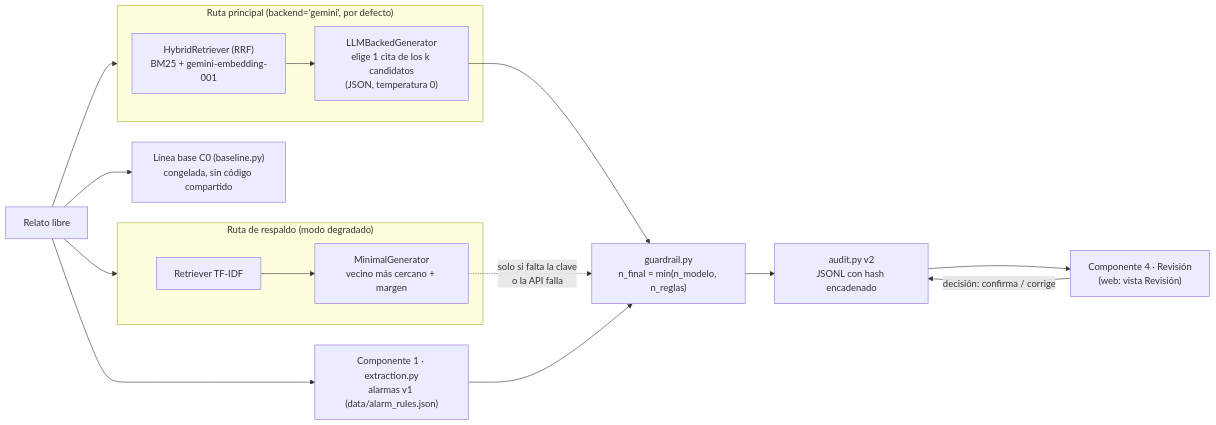
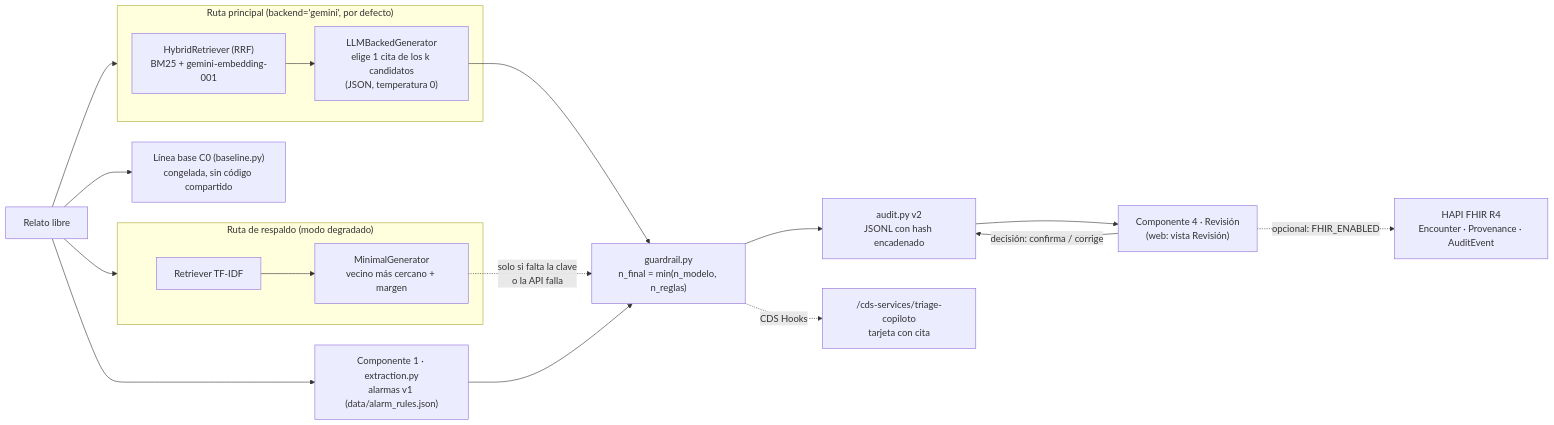
The diagram in README.md (AnaFiquitiva/TDSE_Copiloto_Triage_Backend), drawn with Mermaid before and after one commit. The commit also changed other lines of this file, not shown here.

Commit message:
README: CDS/FHIR en endpoints y arquitectura, pruebas web y revisión del gold standard

````diff
--- a/README.md
+++ b/README.md
@@ -22,19 +22,21 @@
 ```mermaid
 flowchart LR
     R["Relato libre"] --> EXT["Componente 1 · extraction.py\nalarmas v1 (data/alarm_rules.json)"]
     R --> MAIN
     subgraph MAIN["Ruta principal (backend='gemini', por defecto)"]
         HYB["HybridRetriever (RRF)\nBM25 + gemini-embedding-001"] --> LLM["LLMBackedGenerator\nelige 1 cita de los k candidatos\n(JSON, temperatura 0)"]
     end
     R --> FB
     subgraph FB["Ruta de respaldo (modo degradado)"]
         TF["Retriever TF-IDF"] --> MIN["MinimalGenerator\nvecino más cercano + margen"]
     end
     LLM --> GR["guardrail.py\nn_final = min(n_modelo, n_reglas)"]
     MIN -. "solo si falta la clave\no la API falla" .-> GR
     EXT --> GR
     GR --> AUD["audit.py v2\nJSONL con hash encadenado"]
     AUD --> REV["Componente 4 · Revisión\n(web: vista Revisión)"]
     REV -->|"decisión: confirma / corrige"| AUD
+    REV -. "opcional: FHIR_ENABLED" .-> FHIR["HAPI FHIR R4\nEncounter · Provenance · AuditEvent"]
+    GR -. "CDS Hooks" .-> CDS["/cds-services/triage-copiloto\ntarjeta con cita"]
     R --> C0["Línea base C0 (baseline.py)\ncongelada, sin código compartido"]
 ```
````
